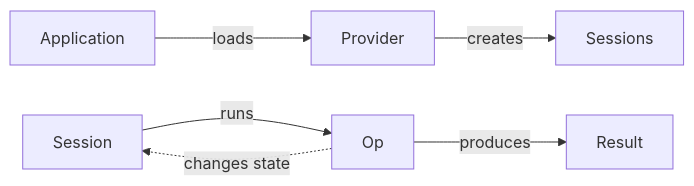
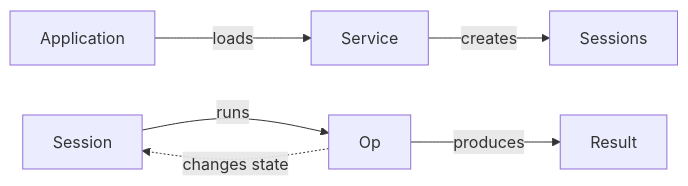
Before and after one commit to alpaca-core/alpaca-core-sdk: the diagram in doc/intro.md, drawn with Mermaid. The commit also changed other lines of this file and 1 other file, not shown here.

Commit message:
docs: update provider to service transition

````diff
--- a/doc/intro.md
+++ b/doc/intro.md
@@ -11,7 +11,7 @@
 ```mermaid
 flowchart LR
-  Application --loads--> Provider --creates--> Sessions
+  Application --loads--> Service --creates--> Sessions
   Session --runs--> Op
   Op -.changes state.-> Session 
   Op --produces--> Result  
 ```
````
